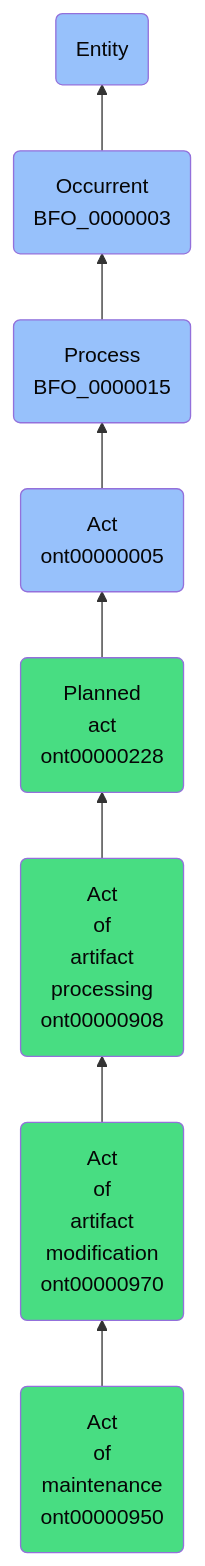
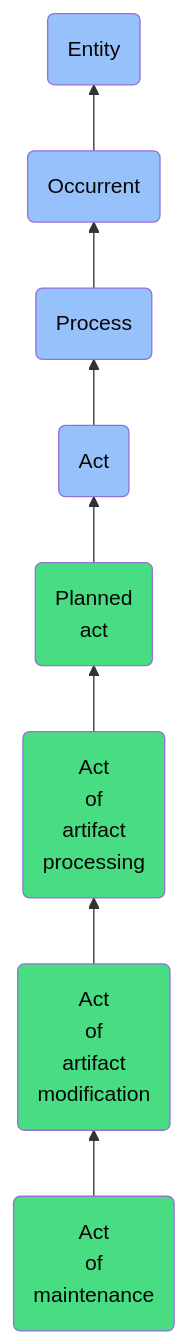
One commit to jupyter-naas/abi changed the diagram in docs/ontology/reference/model/Entity/Occurrent/Process/Act/Planned act/Act of artifact processing/Act of artifact modification/Act of maintenance/Act of maintenance.md. Above: the diagram before and after it, drawn with Mermaid. The commit also changed other lines of this file and 1430 other files, not shown here.

````diff
--- a/docs/ontology/reference/model/Entity/Occurrent/Process/Act/Planned act/Act of artifact processing/Act of artifact modification/Act of maintenance/Act of maintenance.md
+++ b/docs/ontology/reference/model/Entity/Occurrent/Process/Act/Planned act/Act of artifact processing/Act of artifact modification/Act of maintenance/Act of maintenance.md
@@ -24,15 +24,15 @@
 ```mermaid
 graph BT
-    ont00000950(Act<br>of<br>maintenance<br>ont00000950):::ABI-->ont00000970
-    ont00000970(Act<br>of<br>artifact<br>modification<br>ont00000970):::ABI-->ont00000908
-    ont00000908(Act<br>of<br>artifact<br>processing<br>ont00000908):::ABI-->ont00000228
-    ont00000228(Planned<br>act<br>ont00000228):::ABI-->ont00000005
-    ont00000005(Act<br>ont00000005):::BFO-->BFO_0000015
-    BFO_0000015(Process<br>BFO_0000015):::BFO-->BFO_0000003
-    BFO_0000003(Occurrent<br>BFO_0000003):::BFO-->BFO_0000001
+    ont00000950(Act<br>of<br>maintenance):::ABI-->ont00000970
+    ont00000970(Act<br>of<br>artifact<br>modification):::ABI-->ont00000908
+    ont00000908(Act<br>of<br>artifact<br>processing):::ABI-->ont00000228
+    ont00000228(Planned<br>act):::ABI-->ont00000005
+    ont00000005(Act):::BFO-->BFO_0000015
+    BFO_0000015(Process):::BFO-->BFO_0000003
+    BFO_0000003(Occurrent):::BFO-->BFO_0000001
     BFO_0000001(Entity):::BFO
     
     classDef BFO fill:#97c1fb,color:#060606
     classDef CCO fill:#e4c51e,color:#060606
     classDef ABI fill:#48DD82,color:#060606
 ```
````
